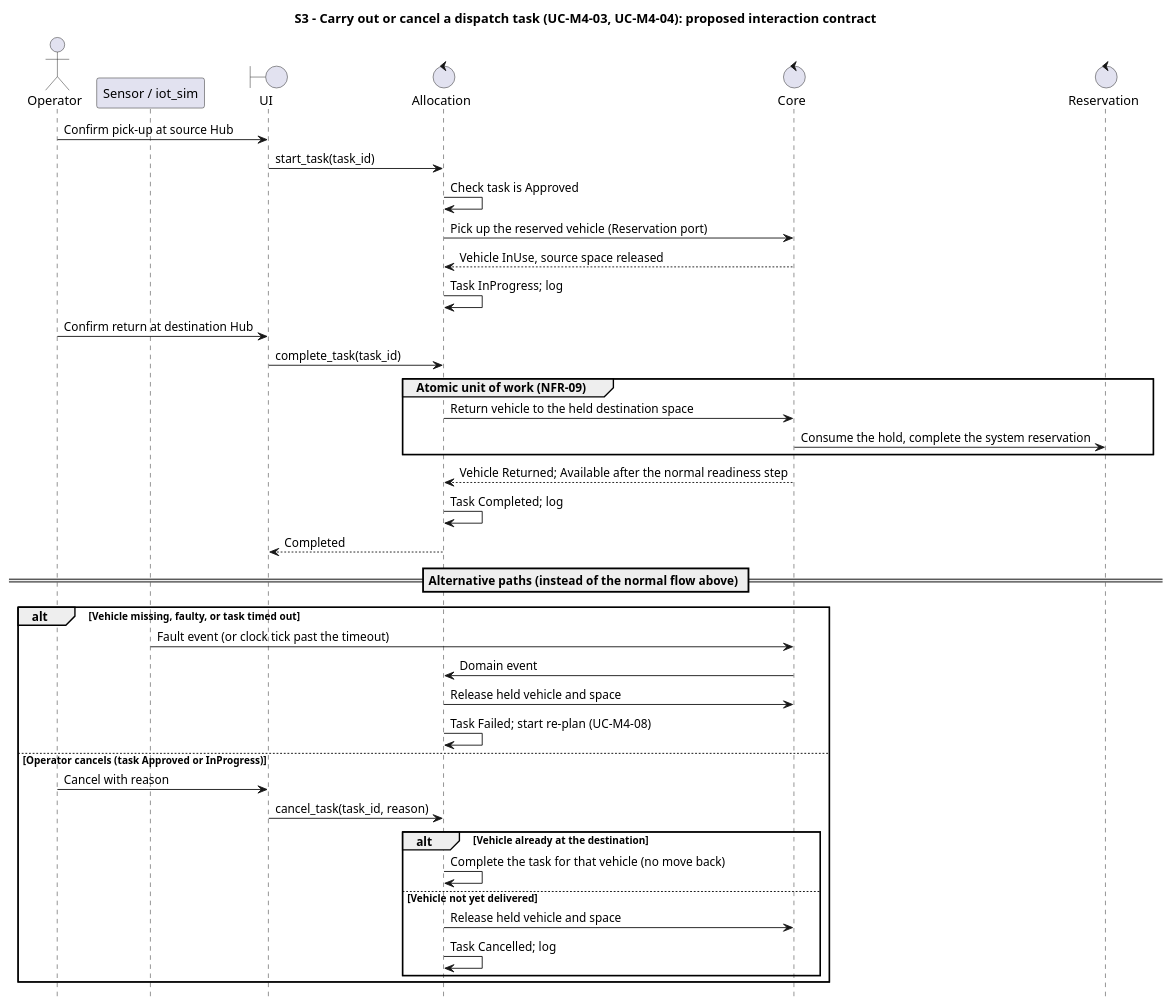
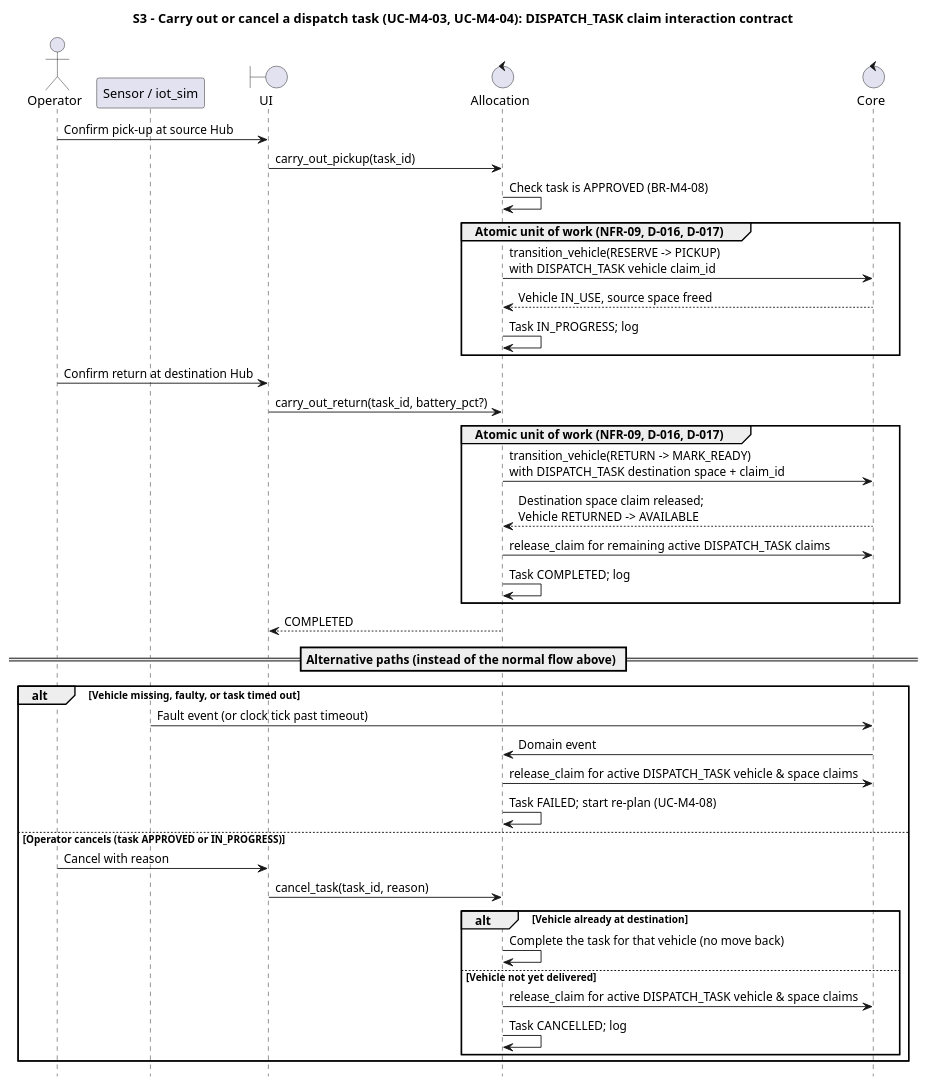
Before and after one commit to MabC06/smart-e-mobility-hub: the diagram in docs/design/behavioral/allocation-diagrams/s3-execute.puml, drawn with PlantUML. The commit also changed 14 other files, not shown here.

First line of the commit message:
docs(allocation): align dispatch claim flows with D-017 (FR-10)

```diff
--- a/docs/design/behavioral/allocation-diagrams/s3-execute.puml
+++ b/docs/design/behavioral/allocation-diagrams/s3-execute.puml
@@ -1,43 +1,44 @@
 @startuml
-title S3 - Carry out or cancel a dispatch task (UC-M4-03, UC-M4-04): proposed interaction contract
+title S3 - Carry out or cancel a dispatch task (UC-M4-03, UC-M4-04): DISPATCH_TASK claim interaction contract
 skinparam shadowing false
 skinparam defaultFontName Arial
 hide footbox
 actor Operator
 participant "Sensor / iot_sim" as Sensor
 boundary UI
 control Allocation
 control Core
-control Reservation
 Operator -> UI: Confirm pick-up at source Hub
-UI -> Allocation: start_task(task_id)
-Allocation -> Allocation: Check task is Approved
-Allocation -> Core: Pick up the reserved vehicle (Reservation port)
-Core --> Allocation: Vehicle InUse, source space released
-Allocation -> Allocation: Task InProgress; log
+UI -> Allocation: carry_out_pickup(task_id)
+Allocation -> Allocation: Check task is APPROVED (BR-M4-08)
+group Atomic unit of work (NFR-09, D-016, D-017)
+  Allocation -> Core: transition_vehicle(RESERVE -> PICKUP)\nwith DISPATCH_TASK vehicle claim_id
+  Core --> Allocation: Vehicle IN_USE, source space freed
+  Allocation -> Allocation: Task IN_PROGRESS; log
+end
 Operator -> UI: Confirm return at destination Hub
-UI -> Allocation: complete_task(task_id)
-group Atomic unit of work (NFR-09)
-  Allocation -> Core: Return vehicle to the held destination space
-  Core -> Reservation: Consume the hold, complete the system reservation
+UI -> Allocation: carry_out_return(task_id, battery_pct?)
+group Atomic unit of work (NFR-09, D-016, D-017)
+  Allocation -> Core: transition_vehicle(RETURN -> MARK_READY)\nwith DISPATCH_TASK destination space + claim_id
+  Core --> Allocation: Destination space claim released;\nVehicle RETURNED -> AVAILABLE
+  Allocation -> Core: release_claim for remaining active DISPATCH_TASK claims
+  Allocation -> Allocation: Task COMPLETED; log
 end
-Core --> Allocation: Vehicle Returned; Available after the normal readiness step
-Allocation -> Allocation: Task Completed; log
-Allocation --> UI: Completed
+Allocation --> UI: COMPLETED
 == Alternative paths (instead of the normal flow above) ==
 alt Vehicle missing, faulty, or task timed out
-  Sensor -> Core: Fault event (or clock tick past the timeout)
+  Sensor -> Core: Fault event (or clock tick past timeout)
   Core -> Allocation: Domain event
-  Allocation -> Core: Release held vehicle and space
-  Allocation -> Allocation: Task Failed; start re-plan (UC-M4-08)
-else Operator cancels (task Approved or InProgress)
+  Allocation -> Core: release_claim for active DISPATCH_TASK vehicle & space claims
+  Allocation -> Allocation: Task FAILED; start re-plan (UC-M4-08)
+else Operator cancels (task APPROVED or IN_PROGRESS)
   Operator -> UI: Cancel with reason
   UI -> Allocation: cancel_task(task_id, reason)
-  alt Vehicle already at the destination
+  alt Vehicle already at destination
     Allocation -> Allocation: Complete the task for that vehicle (no move back)
   else Vehicle not yet delivered
-    Allocation -> Core: Release held vehicle and space
-    Allocation -> Allocation: Task Cancelled; log
+    Allocation -> Core: release_claim for active DISPATCH_TASK vehicle & space claims
+    Allocation -> Allocation: Task CANCELLED; log
   end
 end
 @enduml
```
